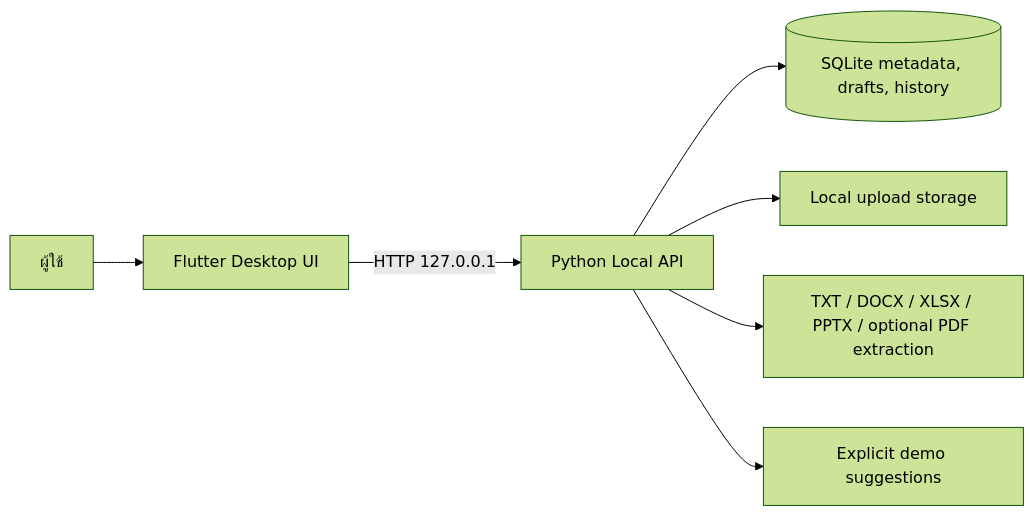
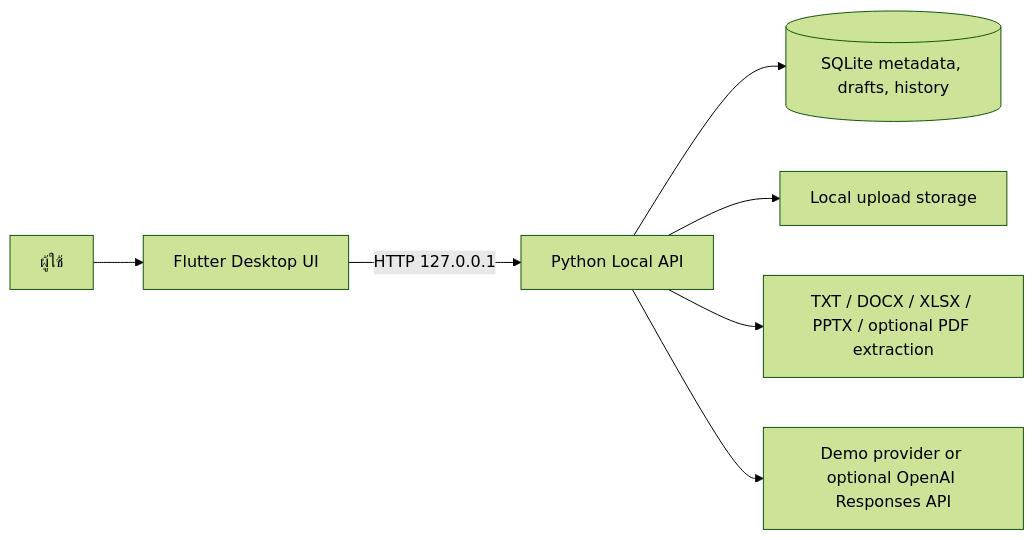
One commit to AltheaAstra/Althea changed the diagram in Seqotia/README.md. Above: the diagram before and after it, drawn with Mermaid (forest theme). The commit also changed other lines of this file and 35 other files, not shown here.

````diff
--- a/Seqotia/README.md
+++ b/Seqotia/README.md
@@ -23,9 +23,9 @@
 ```mermaid
 flowchart LR
   User[ผู้ใช้] --> Flutter[Flutter Desktop UI]
   Flutter -->|HTTP 127.0.0.1| API[Python Local API]
   API --> SQLite[(SQLite metadata, drafts, history)]
   API --> Files[Local upload storage]
   API --> Parsers[TXT / DOCX / XLSX / PPTX / optional PDF extraction]
-  API --> MockAI[Explicit demo suggestions]
+  API --> AI[Demo provider or optional OpenAI Responses API]
 ```
````
